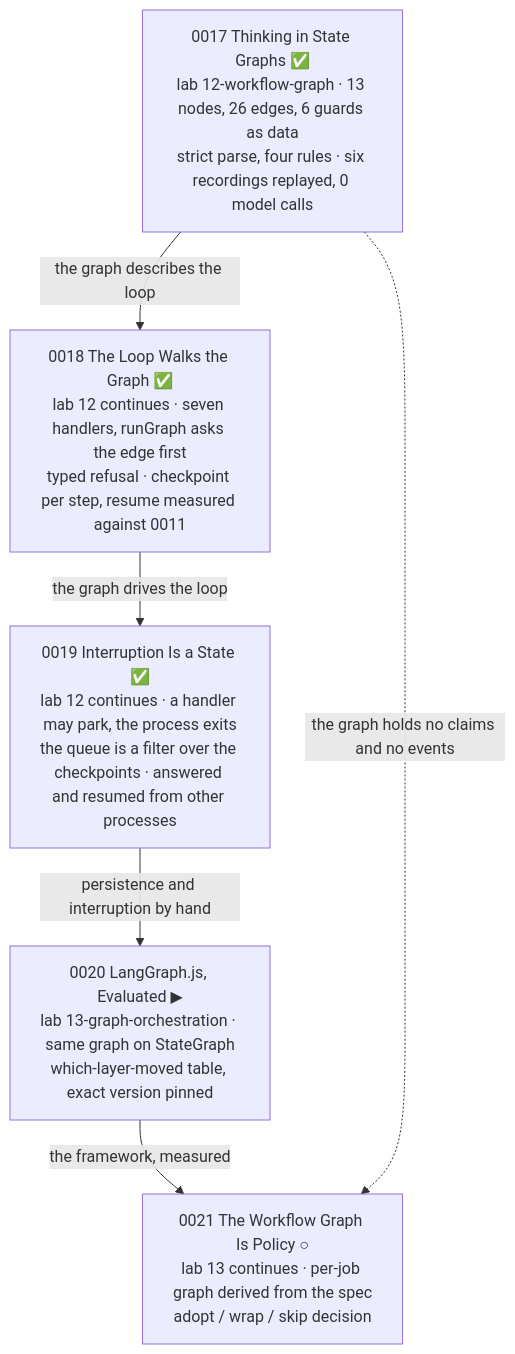
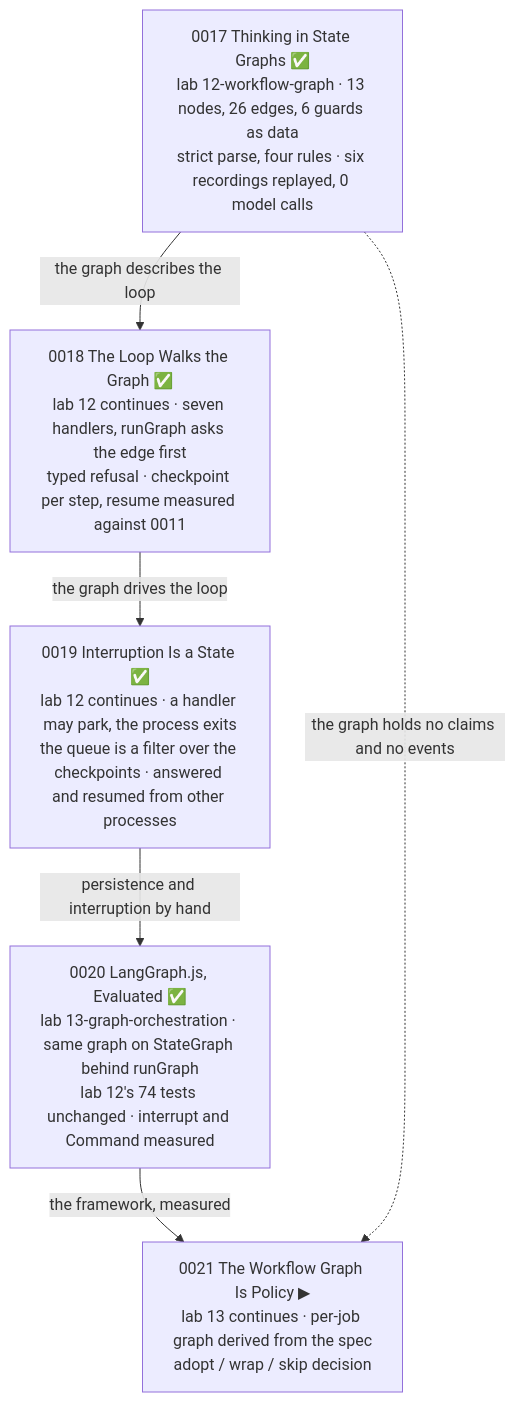
One commit to JozsefKiss90/TS changed the fifth of 6 diagrams in wiki/course/course-module-graph.md. Above: the diagram before and after it, drawn with Mermaid. The commit also changed other lines of this file and 19 other files, not shown here.

First line of the commit message:
Ship lesson 0020 - LangGraph.js, Evaluated; lab 13-graph-orchestration; Phase 3 is 4 of 5

````diff
--- a/wiki/course/course-module-graph.md
+++ b/wiki/course/course-module-graph.md
@@ -95,13 +95,13 @@
 ```mermaid
 flowchart TD
     Q17["0017 Thinking in State Graphs ✅<br/>lab 12-workflow-graph · 13 nodes, 26 edges, 6 guards as data<br/>strict parse, four rules · six recordings replayed, 0 model calls"]
     Q18["0018 The Loop Walks the Graph ✅<br/>lab 12 continues · seven handlers, runGraph asks the edge first<br/>typed refusal · checkpoint per step, resume measured against 0011"]
     Q19["0019 Interruption Is a State ✅<br/>lab 12 continues · a handler may park, the process exits<br/>the queue is a filter over the checkpoints · answered and resumed from other processes"]
-    Q20["0020 LangGraph.js, Evaluated ▶<br/>lab 13-graph-orchestration · same graph on StateGraph<br/>which-layer-moved table, exact version pinned"]
-    Q21["0021 The Workflow Graph Is Policy ○<br/>lab 13 continues · per-job graph derived from the spec<br/>adopt / wrap / skip decision"]
+    Q20["0020 LangGraph.js, Evaluated ✅<br/>lab 13-graph-orchestration · same graph on StateGraph behind runGraph<br/>lab 12's 74 tests unchanged · interrupt and Command measured"]
+    Q21["0021 The Workflow Graph Is Policy ▶<br/>lab 13 continues · per-job graph derived from the spec<br/>adopt / wrap / skip decision"]
     Q17 -->|"the graph describes the loop"| Q18
     Q18 -->|"the graph drives the loop"| Q19
     Q19 -->|"persistence and interruption by hand"| Q20
     Q20 -->|"the framework, measured"| Q21
     Q17 -.->|"the graph holds no claims and no events"| Q21
 ```
````
